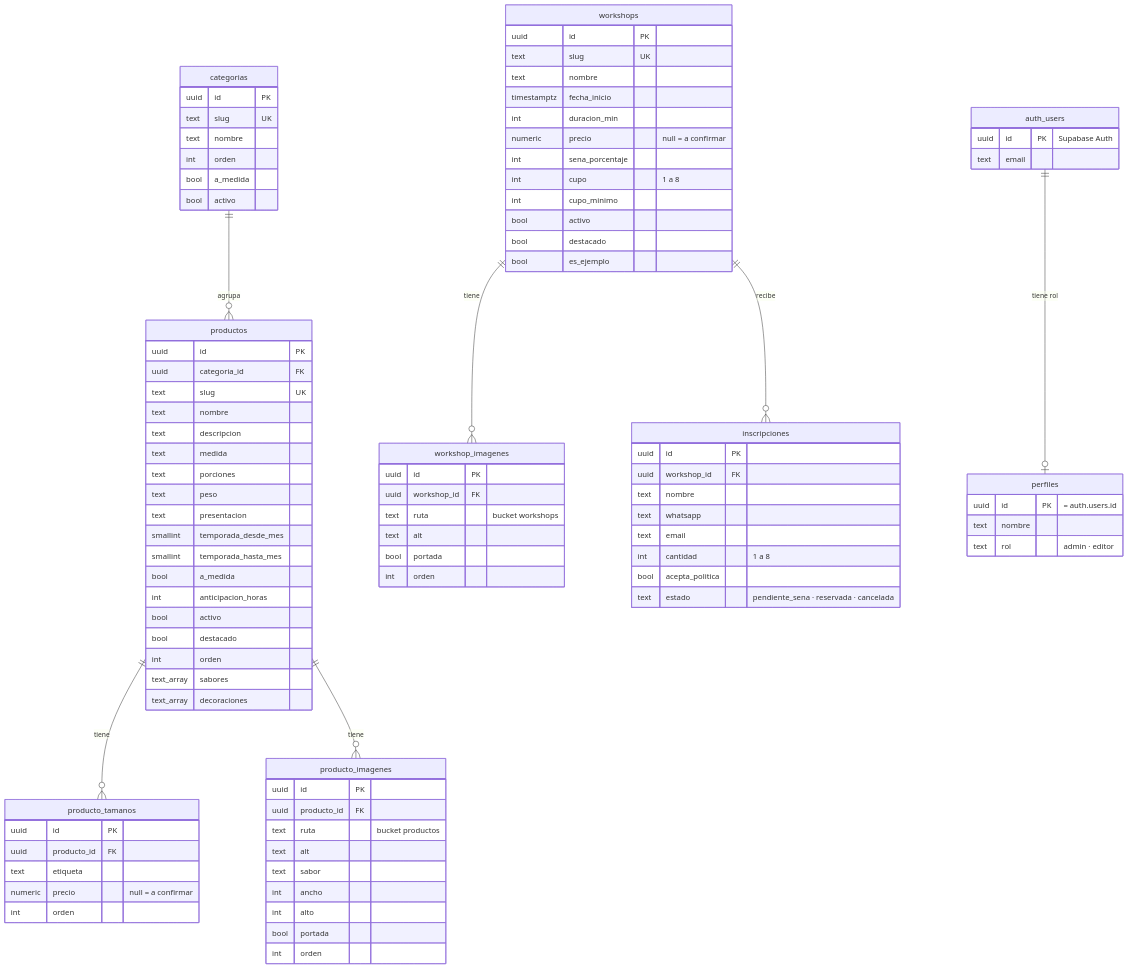
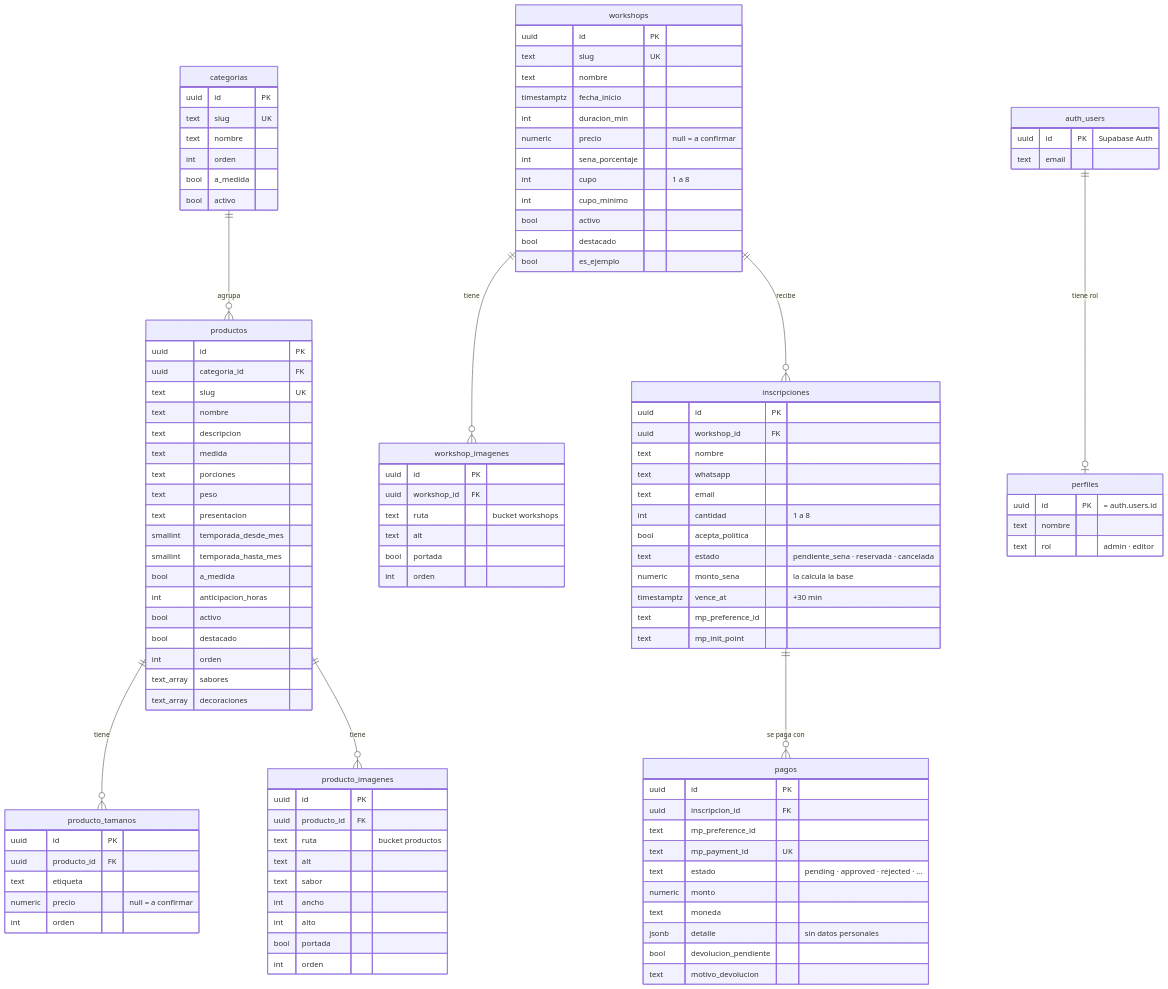
Before and after one commit to trevisancata/home-bakery: the diagram in docs/modelo-de-datos.md, drawn with Mermaid. The commit also changed other lines of this file and 5 other files, not shown here.

First line of the commit message:
docs: pagos con Mercado Pago, prueba en sandbox y variables nuevas

````diff
--- a/docs/modelo-de-datos.md
+++ b/docs/modelo-de-datos.md
@@ -15,6 +18,7 @@
   workshops ||--o{ workshop_imagenes : "tiene"
   workshops ||--o{ inscripciones : "recibe"
   auth_users ||--o| perfiles : "tiene rol"
+  inscripciones ||--o{ pagos : "se paga con"
 
   categorias {
     uuid id PK
@@ -102,5 +106,21 @@
     int cantidad "1 a 8"
     bool acepta_politica
     text estado "pendiente_sena · reservada · cancelada"
+    numeric monto_sena "la calcula la base"
+    timestamptz vence_at "+30 min"
+    text mp_preference_id
+    text mp_init_point
+  }
+  pagos {
+    uuid id PK
+    uuid inscripcion_id FK
+    text mp_preference_id
+    text mp_payment_id UK
+    text estado "pending · approved · rejected · ..."
+    numeric monto
+    text moneda
+    jsonb detalle "sin datos personales"
+    bool devolucion_pendiente
+    text motivo_devolucion
   }
 ```
````
